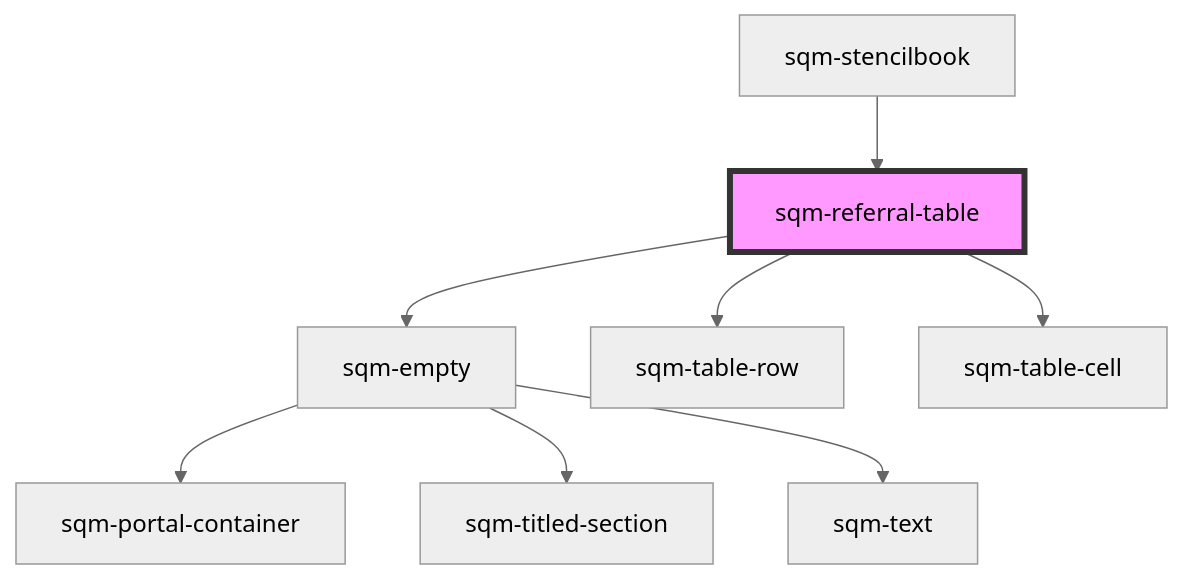
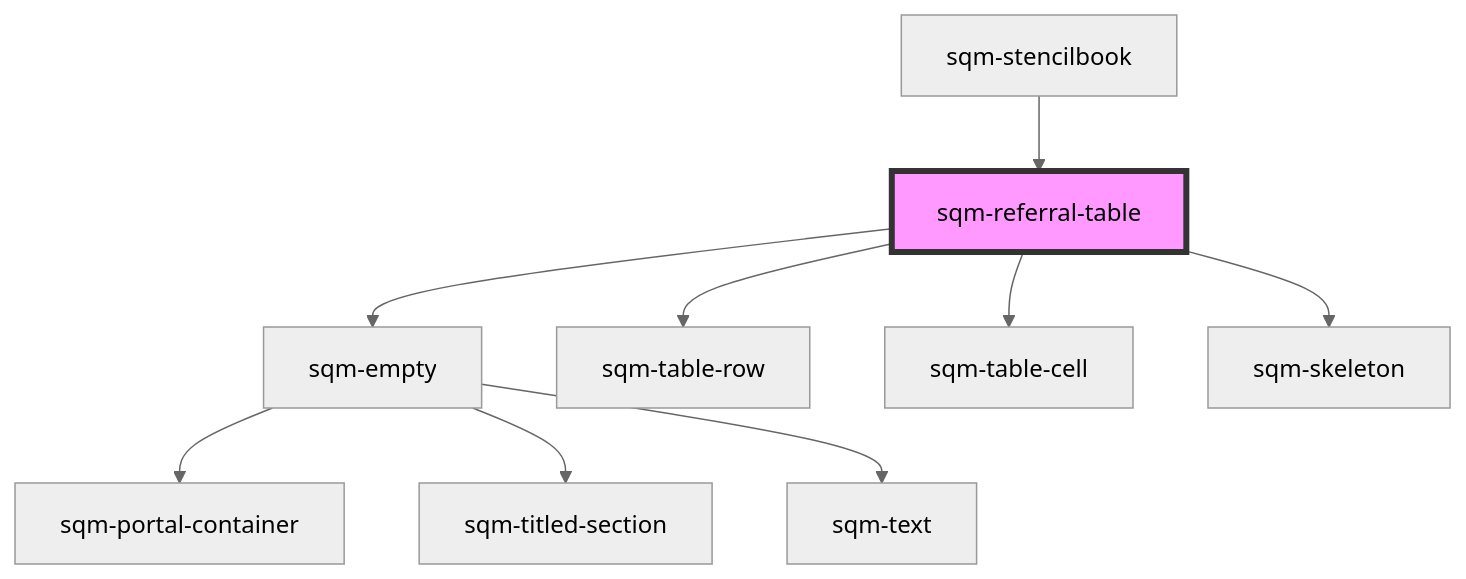
One commit to saasquatch/program-tools changed the diagram in packages/mint-components/src/components/sqm-referral-table/readme.md. Above: the diagram before and after it, drawn with Mermaid (neutral theme). The commit also changed other lines of this file and 15 other files, not shown here.

````diff
--- a/packages/mint-components/src/components/sqm-referral-table/readme.md
+++ b/packages/mint-components/src/components/sqm-referral-table/readme.md
@@ -37,11 +38,12 @@
 ```mermaid
 graph TD;
   sqm-referral-table --> sqm-empty
   sqm-referral-table --> sqm-table-row
   sqm-referral-table --> sqm-table-cell
+  sqm-referral-table --> sqm-skeleton
   sqm-empty --> sqm-portal-container
   sqm-empty --> sqm-titled-section
   sqm-empty --> sqm-text
   sqm-stencilbook --> sqm-referral-table
   style sqm-referral-table fill:#f9f,stroke:#333,stroke-width:4px
 ```
````
